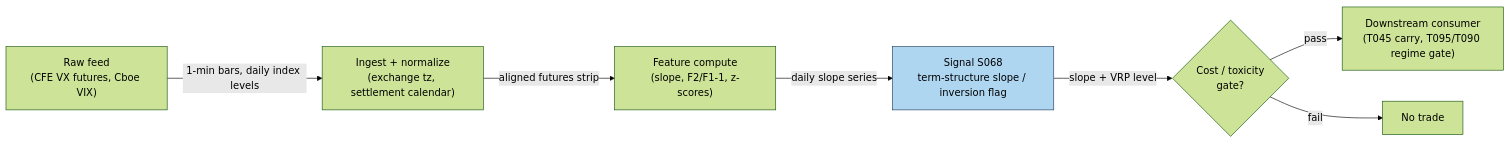
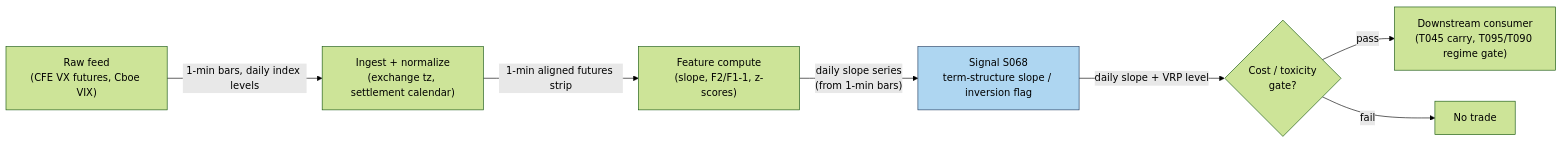
One commit to praveenguptahcl/quant-signals-deep changed the diagram in batches/SB8/S068.md. Above: the diagram before and after it, drawn with Mermaid (forest theme). The commit also changed other lines of this file and 2 other files, not shown here.

````diff
--- a/batches/SB8/S068.md
+++ b/batches/SB8/S068.md
@@ -155,10 +158,10 @@
 ```mermaid
 flowchart LR
     FEED["Raw feed\n(CFE VX futures, Cboe VIX)"] -->|1-min bars, daily index levels| ING["Ingest + normalize\n(exchange tz, settlement calendar)"]
-    ING -->|aligned futures strip| FEAT["Feature compute\n(slope, F2/F1-1, z-scores)"]
-    FEAT -->|daily slope series| SIG["Signal S068\nterm-structure slope / inversion flag"]
-    SIG -->|slope + VRP level| GATE{"Cost / toxicity\ngate?"}
+    ING -->|"1-min aligned futures strip"| FEAT["Feature compute\n(slope, F2/F1-1, z-scores)"]
+    FEAT -->|"daily slope series\n(from 1-min bars)"| SIG["Signal S068\nterm-structure slope / inversion flag"]
+    SIG -->|"daily slope + VRP level"| GATE{"Cost / toxicity\ngate?"}
     GATE -->|pass| OUT["Downstream consumer\n(T045 carry, T095/T090 regime gate)"]
     GATE -->|fail| DROP["No trade"]
     style SIG fill:#aed6f1,stroke:#1f3a5f
 ```
````
